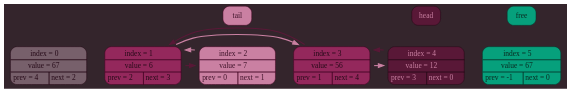
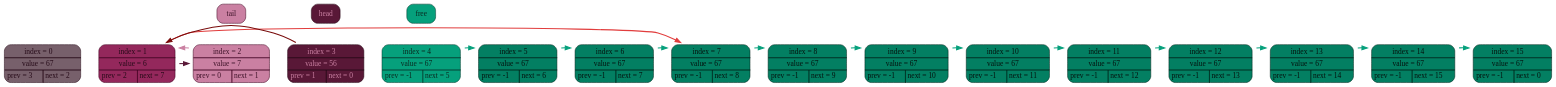
The diagram in List_graphviz.dot (wuyterguy/DoublyLinkedList), drawn with Graphviz before and after one commit. The commit also changed 22 other files, not shown here.

```diff
--- a/List_graphviz.dot
+++ b/List_graphviz.dot
@@ -1,6 +1,6 @@
 digraph G {
 
-bgcolor = "#34252c"
+bgcolor = "transparent"
 node [shape = none];
 
 node0 [label=<
@@ -9,7 +9,7 @@
 	BGCOLOR = "#77606b">
 	<TR><TD COLSPAN = "2"><FONT COLOR = "#260a18">index = 0</FONT></TD></TR><HR/>
 	<TR><TD COLSPAN = "2"><FONT COLOR = "#260a18">value = 67</FONT></TD></TR><HR/>
-	<TR><TD><FONT COLOR = "#260a18">prev = 4</FONT></TD><VR/><TD><FONT COLOR = "#260a18">next = 2</FONT></TD></TR>
+	<TR><TD><FONT COLOR = "#260a18">prev = 3</FONT></TD><VR/><TD><FONT COLOR = "#260a18">next = 2</FONT></TD></TR>
 	</TABLE>
 >];
 
@@ -19,7 +19,7 @@
 	BGCOLOR = "#94285c">
 	<TR><TD COLSPAN = "2"><FONT COLOR = "#260a18">index = 1</FONT></TD></TR><HR/>
 	<TR><TD COLSPAN = "2"><FONT COLOR = "#260a18">value = 6</FONT></TD></TR><HR/>
-	<TR><TD><FONT COLOR = "#260a18">prev = 2</FONT></TD><VR/><TD><FONT COLOR = "#260a18">next = 3</FONT></TD></TR>
+	<TR><TD><FONT COLOR = "#260a18">prev = 2</FONT></TD><VR/><TD><FONT COLOR = "#260a18">next = 7</FONT></TD></TR>
 	</TABLE>
 >];
 
@@ -35,41 +35,151 @@
 
 node3 [label=<
 	<TABLE BORDER = "1" CELLBORDER = "0" CELLSPACING = "0" CELLPADDING="4" STYLE = "ROUNDED"
-	COLOR = "#430523"
-	BGCOLOR = "#94285c">
-	<TR><TD COLSPAN = "2"><FONT COLOR = "#260a18">index = 3</FONT></TD></TR><HR/>
-	<TR><TD COLSPAN = "2"><FONT COLOR = "#260a18">value = 56</FONT></TD></TR><HR/>
-	<TR><TD><FONT COLOR = "#260a18">prev = 1</FONT></TD><VR/><TD><FONT COLOR = "#260a18">next = 4</FONT></TD></TR>
+	COLOR = "#260a18"
+	BGCOLOR = "#591837">
+	<TR><TD COLSPAN = "2"><FONT COLOR = "#ca80a2">index = 3</FONT></TD></TR><HR/>
+	<TR><TD COLSPAN = "2"><FONT COLOR = "#ca80a2">value = 56</FONT></TD></TR><HR/>
+	<TR><TD><FONT COLOR = "#ca80a2">prev = 1</FONT></TD><VR/><TD><FONT COLOR = "#ca80a2">next = 0</FONT></TD></TR>
 	</TABLE>
 >];
 
 node4 [label=<
 	<TABLE BORDER = "1" CELLBORDER = "0" CELLSPACING = "0" CELLPADDING="4" STYLE = "ROUNDED"
-	COLOR = "#260a18"
-	BGCOLOR = "#591837">
-	<TR><TD COLSPAN = "2"><FONT COLOR = "#ca80a2">index = 4</FONT></TD></TR><HR/>
-	<TR><TD COLSPAN = "2"><FONT COLOR = "#ca80a2">value = 12</FONT></TD></TR><HR/>
-	<TR><TD><FONT COLOR = "#ca80a2">prev = 3</FONT></TD><VR/><TD><FONT COLOR = "#ca80a2">next = 0</FONT></TD></TR>
+	COLOR = "#063a2e"
+	BGCOLOR = "#06a07c">
+	<TR><TD COLSPAN = "2"><FONT COLOR = "#0a2920">index = 4</FONT></TD></TR><HR/>
+	<TR><TD COLSPAN = "2"><FONT COLOR = "#0a2920">value = 67</FONT></TD></TR><HR/>
+	<TR><TD><FONT COLOR = "#0a2920">prev = -1</FONT></TD><VR/><TD><FONT COLOR = "#0a2920">next = 5</FONT></TD></TR>
 	</TABLE>
 >];
 
 node5 [label=<
 	<TABLE BORDER = "1" CELLBORDER = "0" CELLSPACING = "0" CELLPADDING="4" STYLE = "ROUNDED"
-	COLOR = "#063a2e"
-	BGCOLOR = "#06a07c">
-	<TR><TD COLSPAN = "2"><FONT COLOR = "#0a2920">index = 5</FONT></TD></TR><HR/>
-	<TR><TD COLSPAN = "2"><FONT COLOR = "#0a2920">value = 67</FONT></TD></TR><HR/>
-	<TR><TD><FONT COLOR = "#0a2920">prev = -1</FONT></TD><VR/><TD><FONT COLOR = "#0a2920">next = 0</FONT></TD></TR>
+	COLOR = "#03261e"
+	BGCOLOR = "#037f62">
+	<TR><TD COLSPAN = "2"><FONT COLOR = "#05120e">index = 5</FONT></TD></TR><HR/>
+	<TR><TD COLSPAN = "2"><FONT COLOR = "#05120e">value = 67</FONT></TD></TR><HR/>
+	<TR><TD><FONT COLOR = "#05120e">prev = -1</FONT></TD><VR/><TD><FONT COLOR = "#05120e">next = 6</FONT></TD></TR>
 	</TABLE>
 >];
 
-{rank = same;node0; node1; node2; node3; node4; node5;}
+node6 [label=<
+	<TABLE BORDER = "1" CELLBORDER = "0" CELLSPACING = "0" CELLPADDING="4" STYLE = "ROUNDED"
+	COLOR = "#03261e"
+	BGCOLOR = "#037f62">
+	<TR><TD COLSPAN = "2"><FONT COLOR = "#05120e">index = 6</FONT></TD></TR><HR/>
+	<TR><TD COLSPAN = "2"><FONT COLOR = "#05120e">value = 67</FONT></TD></TR><HR/>
+	<TR><TD><FONT COLOR = "#05120e">prev = -1</FONT></TD><VR/><TD><FONT COLOR = "#05120e">next = 7</FONT></TD></TR>
+	</TABLE>
+>];
+
+node7 [label=<
+	<TABLE BORDER = "1" CELLBORDER = "0" CELLSPACING = "0" CELLPADDING="4" STYLE = "ROUNDED"
+	COLOR = "#03261e"
+	BGCOLOR = "#037f62">
+	<TR><TD COLSPAN = "2"><FONT COLOR = "#05120e">index = 7</FONT></TD></TR><HR/>
+	<TR><TD COLSPAN = "2"><FONT COLOR = "#05120e">value = 67</FONT></TD></TR><HR/>
+	<TR><TD><FONT COLOR = "#05120e">prev = -1</FONT></TD><VR/><TD><FONT COLOR = "#05120e">next = 8</FONT></TD></TR>
+	</TABLE>
+>];
+
+node8 [label=<
+	<TABLE BORDER = "1" CELLBORDER = "0" CELLSPACING = "0" CELLPADDING="4" STYLE = "ROUNDED"
+	COLOR = "#03261e"
+	BGCOLOR = "#037f62">
+	<TR><TD COLSPAN = "2"><FONT COLOR = "#05120e">index = 8</FONT></TD></TR><HR/>
+	<TR><TD COLSPAN = "2"><FONT COLOR = "#05120e">value = 67</FONT></TD></TR><HR/>
+	<TR><TD><FONT COLOR = "#05120e">prev = -1</FONT></TD><VR/><TD><FONT COLOR = "#05120e">next = 9</FONT></TD></TR>
+	</TABLE>
+>];
+
+node9 [label=<
+	<TABLE BORDER = "1" CELLBORDER = "0" CELLSPACING = "0" CELLPADDING="4" STYLE = "ROUNDED"
+	COLOR = "#03261e"
+	BGCOLOR = "#037f62">
+	<TR><TD COLSPAN = "2"><FONT COLOR = "#05120e">index = 9</FONT></TD></TR><HR/>
+	<TR><TD COLSPAN = "2"><FONT COLOR = "#05120e">value = 67</FONT></TD></TR><HR/>
+	<TR><TD><FONT COLOR = "#05120e">prev = -1</FONT></TD><VR/><TD><FONT COLOR = "#05120e">next = 10</FONT></TD></TR>
+	</TABLE>
+>];
+
+node10 [label=<
+	<TABLE BORDER = "1" CELLBORDER = "0" CELLSPACING = "0" CELLPADDING="4" STYLE = "ROUNDED"
+	COLOR = "#03261e"
+	BGCOLOR = "#037f62">
+	<TR><TD COLSPAN = "2"><FONT COLOR = "#05120e">index = 10</FONT></TD></TR><HR/>
+	<TR><TD COLSPAN = "2"><FONT COLOR = "#05120e">value = 67</FONT></TD></TR><HR/>
+	<TR><TD><FONT COLOR = "#05120e">prev = -1</FONT></TD><VR/><TD><FONT COLOR = "#05120e">next = 11</FONT></TD></TR>
+	</TABLE>
+>];
+
+node11 [label=<
+	<TABLE BORDER = "1" CELLBORDER = "0" CELLSPACING = "0" CELLPADDING="4" STYLE = "ROUNDED"
+	COLOR = "#03261e"
+	BGCOLOR = "#037f62">
+	<TR><TD COLSPAN = "2"><FONT COLOR = "#05120e">index = 11</FONT></TD></TR><HR/>
+	<TR><TD COLSPAN = "2"><FONT COLOR = "#05120e">value = 67</FONT></TD></TR><HR/>
+	<TR><TD><FONT COLOR = "#05120e">prev = -1</FONT></TD><VR/><TD><FONT COLOR = "#05120e">next = 12</FONT></TD></TR>
+	</TABLE>
+>];
+
+node12 [label=<
+	<TABLE BORDER = "1" CELLBORDER = "0" CELLSPACING = "0" CELLPADDING="4" STYLE = "ROUNDED"
+	COLOR = "#03261e"
+	BGCOLOR = "#037f62">
+	<TR><TD COLSPAN = "2"><FONT COLOR = "#05120e">index = 12</FONT></TD></TR><HR/>
+	<TR><TD COLSPAN = "2"><FONT COLOR = "#05120e">value = 67</FONT></TD></TR><HR/>
+	<TR><TD><FONT COLOR = "#05120e">prev = -1</FONT></TD><VR/><TD><FONT COLOR = "#05120e">next = 13</FONT></TD></TR>
+	</TABLE>
+>];
+
+node13 [label=<
+	<TABLE BORDER = "1" CELLBORDER = "0" CELLSPACING = "0" CELLPADDING="4" STYLE = "ROUNDED"
+	COLOR = "#03261e"
+	BGCOLOR = "#037f62">
+	<TR><TD COLSPAN = "2"><FONT COLOR = "#05120e">index = 13</FONT></TD></TR><HR/>
+	<TR><TD COLSPAN = "2"><FONT COLOR = "#05120e">value = 67</FONT></TD></TR><HR/>
+	<TR><TD><FONT COLOR = "#05120e">prev = -1</FONT></TD><VR/><TD><FONT COLOR = "#05120e">next = 14</FONT></TD></TR>
+	</TABLE>
+>];
+
+node14 [label=<
+	<TABLE BORDER = "1" CELLBORDER = "0" CELLSPACING = "0" CELLPADDING="4" STYLE = "ROUNDED"
+	COLOR = "#03261e"
+	BGCOLOR = "#037f62">
+	<TR><TD COLSPAN = "2"><FONT COLOR = "#05120e">index = 14</FONT></TD></TR><HR/>
+	<TR><TD COLSPAN = "2"><FONT COLOR = "#05120e">value = 67</FONT></TD></TR><HR/>
+	<TR><TD><FONT COLOR = "#05120e">prev = -1</FONT></TD><VR/><TD><FONT COLOR = "#05120e">next = 15</FONT></TD></TR>
+	</TABLE>
+>];
+
+node15 [label=<
+	<TABLE BORDER = "1" CELLBORDER = "0" CELLSPACING = "0" CELLPADDING="4" STYLE = "ROUNDED"
+	COLOR = "#03261e"
+	BGCOLOR = "#037f62">
+	<TR><TD COLSPAN = "2"><FONT COLOR = "#05120e">index = 15</FONT></TD></TR><HR/>
+	<TR><TD COLSPAN = "2"><FONT COLOR = "#05120e">value = 67</FONT></TD></TR><HR/>
+	<TR><TD><FONT COLOR = "#05120e">prev = -1</FONT></TD><VR/><TD><FONT COLOR = "#05120e">next = 0</FONT></TD></TR>
+	</TABLE>
+>];
+
+{rank = same;node0; node1; node2; node3; node4; node5; node6; node7; node8; node9; node10; node11; node12; node13; node14; node15;}
 
 node0 -> node1 [dir = forward, style = invis];
 node1 -> node2 [dir = forward, style = invis];
 node2 -> node3 [dir = forward, style = invis];
 node3 -> node4 [dir = forward, style = invis];
 node4 -> node5 [dir = forward, style = invis];
+node5 -> node6 [dir = forward, style = invis];
+node6 -> node7 [dir = forward, style = invis];
+node7 -> node8 [dir = forward, style = invis];
+node8 -> node9 [dir = forward, style = invis];
+node9 -> node10 [dir = forward, style = invis];
+node10 -> node11 [dir = forward, style = invis];
+node11 -> node12 [dir = forward, style = invis];
+node12 -> node13 [dir = forward, style = invis];
+node13 -> node14 [dir = forward, style = invis];
+node14 -> node15 [dir = forward, style = invis];
 
 free [
 	label = "free", shape = box, style = "rounded, filled",
@@ -79,7 +189,7 @@
 	group = "g1"
 ];
 
-free -> node5 [dir = forward, style = invis, penwidth=2, color = "#06a07c"];
+free -> node4 [dir = forward, style = invis, penwidth=2, color = "#06a07c"];
 
 head [
 	label = "head", shape = box, style = "rounded, filled",
@@ -89,7 +199,7 @@
 	group = "g1"
 ];
 
-head -> node4 [dir = forward, style = invis, penwidth=2, color = "#591837"];
+head -> node3 [dir = forward, style = invis, penwidth=2, color = "#591837"];
 
 tail [
 	label = "tail", shape = box, style = "rounded, filled",
@@ -102,14 +212,33 @@
 tail -> node2 [dir = forward, style = invis, penwidth=2, color = "#ca80a2"];
 
 node1 -> node2 [dir = forward, penwidth=2, color = "#591837", constraint = false];
-node1 -> node3 [dir = forward, penwidth=2, color = "#ca80a2", constraint = false];
+node1 -> node7 [dir = forward, penwidth=2, color = "#e13d3d", constraint = false];
 
 node2 -> node1 [dir = forward, penwidth=2, color = "#ca80a2", constraint = false];
 
-node3 -> node1 [dir = forward, penwidth=2, color = "#591837", constraint = false];
-node3 -> node4 [dir = forward, penwidth=2, color = "#ca80a2", constraint = false];
+node3 -> node1 [dir = forward, penwidth=2, color = "#780b0b", constraint = false];
 
-node4 -> node3 [dir = forward, penwidth=2, color = "#591837", constraint = false];
+node4 -> node5 [dir = forward, penwidth=2, color = "#06a07c", constraint = false];
+
+node5 -> node6 [dir = forward, penwidth=2, color = "#06a07c", constraint = false];
+
+node6 -> node7 [dir = forward, penwidth=2, color = "#06a07c", constraint = false];
+
+node7 -> node8 [dir = forward, penwidth=2, color = "#06a07c", constraint = false];
+
+node8 -> node9 [dir = forward, penwidth=2, color = "#06a07c", constraint = false];
+
+node9 -> node10 [dir = forward, penwidth=2, color = "#06a07c", constraint = false];
+
+node10 -> node11 [dir = forward, penwidth=2, color = "#06a07c", constraint = false];
+
+node11 -> node12 [dir = forward, penwidth=2, color = "#06a07c", constraint = false];
+
+node12 -> node13 [dir = forward, penwidth=2, color = "#06a07c", constraint = false];
+
+node13 -> node14 [dir = forward, penwidth=2, color = "#06a07c", constraint = false];
+
+node14 -> node15 [dir = forward, penwidth=2, color = "#06a07c", constraint = false];
 
 
 }
```
